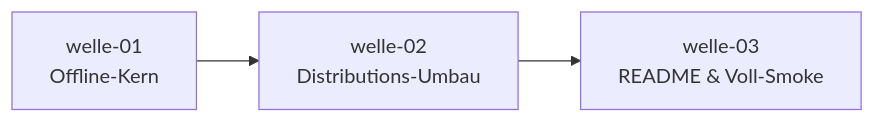
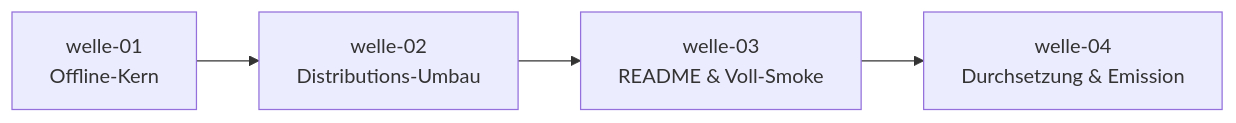
One commit to pt9912/ai-harness-init changed the diagram in docs/plan/planning/in-progress/roadmap.md. Above: the diagram before and after it, drawn with Mermaid. The commit also changed other lines of this file and 2 other files, not shown here.

First line of the commit message:
roadmap+carveouts: Slice-§6-Backlog formalisiert (Modul 6/7)

````diff
--- a/docs/plan/planning/in-progress/roadmap.md
+++ b/docs/plan/planning/in-progress/roadmap.md
@@ -46,7 +63,8 @@
 ```mermaid
 flowchart LR
     W1[welle-01<br/>Offline-Kern]
     W2[welle-02<br/>Distributions-Umbau]
     W3[welle-03<br/>README & Voll-Smoke]
-    W1 --> W2 --> W3
+    W4[welle-04<br/>Durchsetzung & Emission]
+    W1 --> W2 --> W3 --> W4
 ```
````
